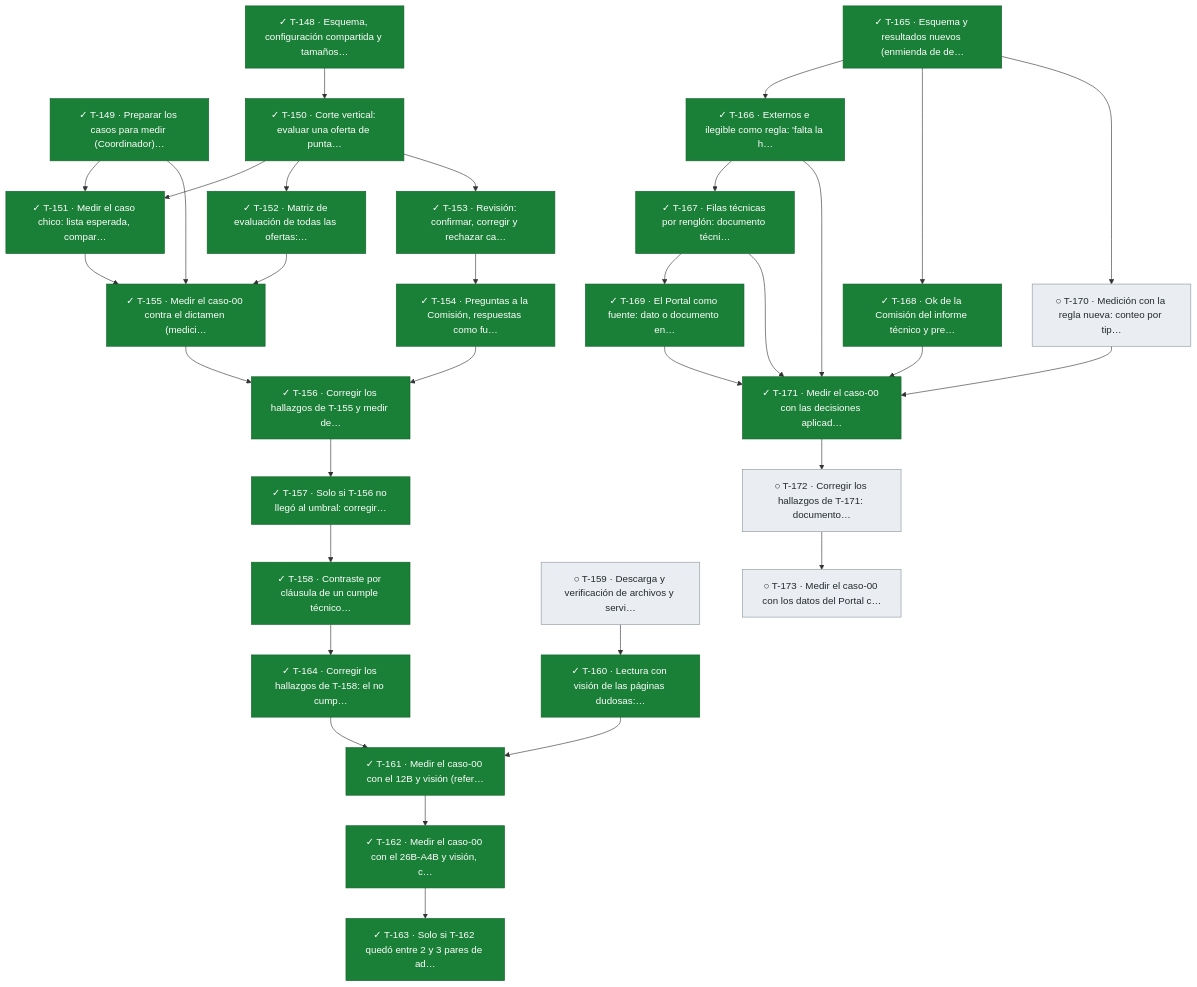
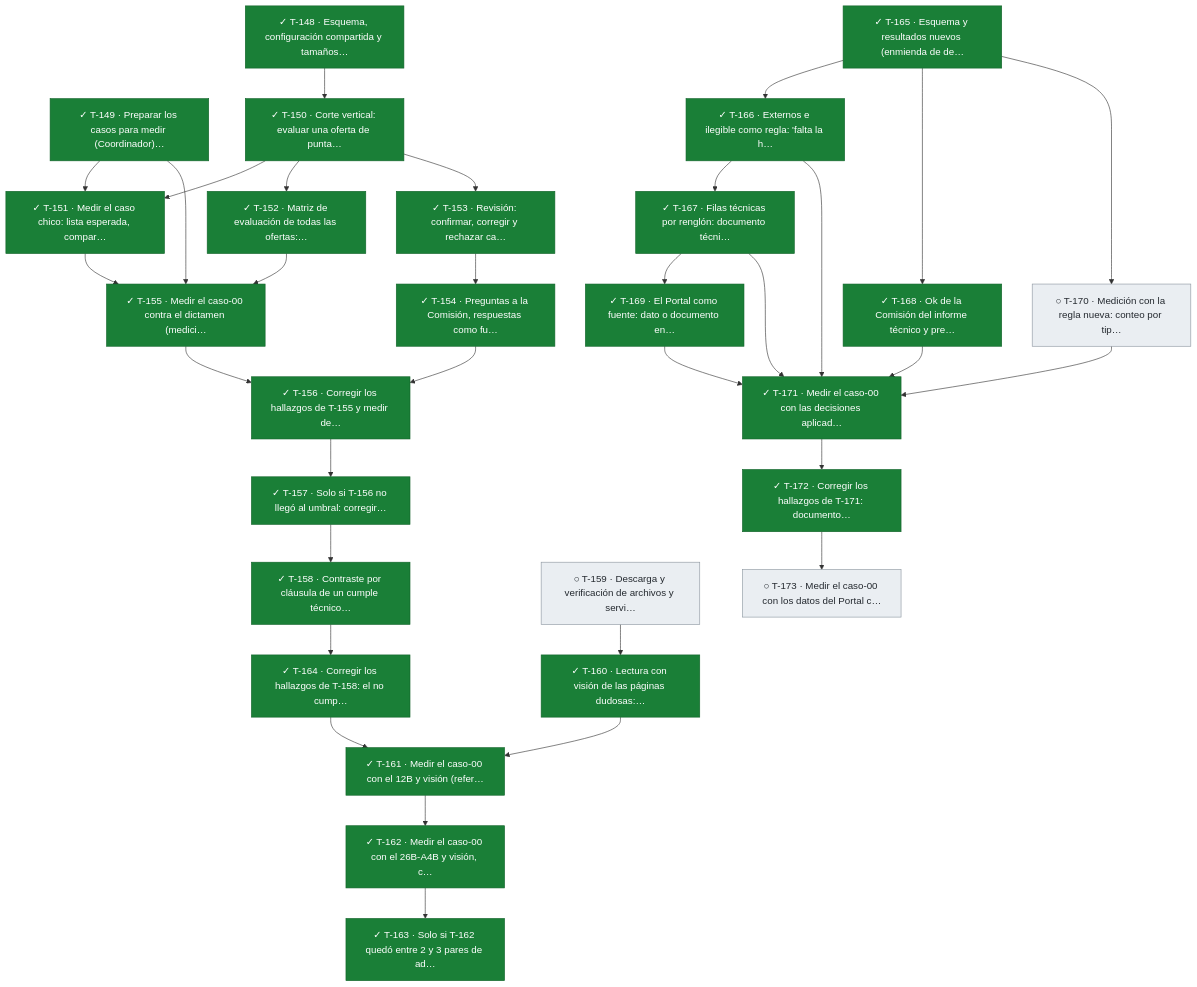
The seventh of 11 diagrams in docs/tablero.md (snavello/EVALUON), drawn with Mermaid before and after one commit. The commit also changed other lines of this file and 1 other file, not shown here.

````diff
--- a/docs/tablero.md
+++ b/docs/tablero.md
@@ -701,65 +701,65 @@
 ```mermaid
 flowchart TD
   T148["✓ T-148 · Esquema, configuración compartida y tamaños…"]:::done
   T149["✓ T-149 · Preparar los casos para medir (Coordinador)…"]:::done
   T150["✓ T-150 · Corte vertical: evaluar una oferta de punta…"]:::done
   T151["✓ T-151 · Medir el caso chico: lista esperada, compar…"]:::done
   T152["✓ T-152 · Matriz de evaluación de todas las ofertas:…"]:::done
   T153["✓ T-153 · Revisión: confirmar, corregir y rechazar ca…"]:::done
   T154["✓ T-154 · Preguntas a la Comisión, respuestas como fu…"]:::done
   T155["✓ T-155 · Medir el caso-00 contra el dictamen (medici…"]:::done
   T156["✓ T-156 · Corregir los hallazgos de T-155 y medir de…"]:::done
   T157["✓ T-157 · Solo si T-156 no llegó al umbral: corregir…"]:::done
   T158["✓ T-158 · Contraste por cláusula de un cumple técnico…"]:::done
   T164["✓ T-164 · Corregir los hallazgos de T-158: el no cump…"]:::done
   T159["○ T-159 · Descarga y verificación de archivos y servi…"]:::todo
   T160["✓ T-160 · Lectura con visión de las páginas dudosas:…"]:::done
   T161["✓ T-161 · Medir el caso-00 con el 12B y visión (refer…"]:::done
   T162["✓ T-162 · Medir el caso-00 con el 26B-A4B y visión, c…"]:::done
   T163["✓ T-163 · Solo si T-162 quedó entre 2 y 3 pares de ad…"]:::done
   T165["✓ T-165 · Esquema y resultados nuevos (enmienda de de…"]:::done
   T166["✓ T-166 · Externos e ilegible como regla: 'falta la h…"]:::done
   T167["✓ T-167 · Filas técnicas por renglón: documento técni…"]:::done
   T168["✓ T-168 · Ok de la Comisión del informe técnico y pre…"]:::done
   T169["✓ T-169 · El Portal como fuente: dato o documento en…"]:::done
   T170["○ T-170 · Medición con la regla nueva: conteo por tip…"]:::todo
   T171["✓ T-171 · Medir el caso-00 con las decisiones aplicad…"]:::done
-  T172["○ T-172 · Corregir los hallazgos de T-171: documento…"]:::todo
+  T172["✓ T-172 · Corregir los hallazgos de T-171: documento…"]:::done
   T173["○ T-173 · Medir el caso-00 con los datos del Portal c…"]:::todo
   T148 --> T150
   T149 --> T151
   T150 --> T151
   T150 --> T152
   T150 --> T153
   T153 --> T154
   T149 --> T155
   T151 --> T155
   T152 --> T155
   T154 --> T156
   T155 --> T156
   T156 --> T157
   T157 --> T158
   T158 --> T164
   T159 --> T160
   T160 --> T161
   T164 --> T161
   T161 --> T162
   T162 --> T163
   T165 --> T166
   T166 --> T167
   T165 --> T168
   T167 --> T169
   T165 --> T170
   T166 --> T171
   T167 --> T171
   T168 --> T171
   T169 --> T171
   T170 --> T171
   T171 --> T172
   T172 --> T173
   classDef done fill:#1a7f37,stroke:#116329,color:#ffffff
   classDef review fill:#0969da,stroke:#0550ae,color:#ffffff
   classDef active fill:#bf8700,stroke:#7d4e00,color:#ffffff
   classDef blocked fill:#cf222e,stroke:#a40e26,color:#ffffff
   classDef todo fill:#eaeef2,stroke:#8c959f,color:#24292f
 ```
````
